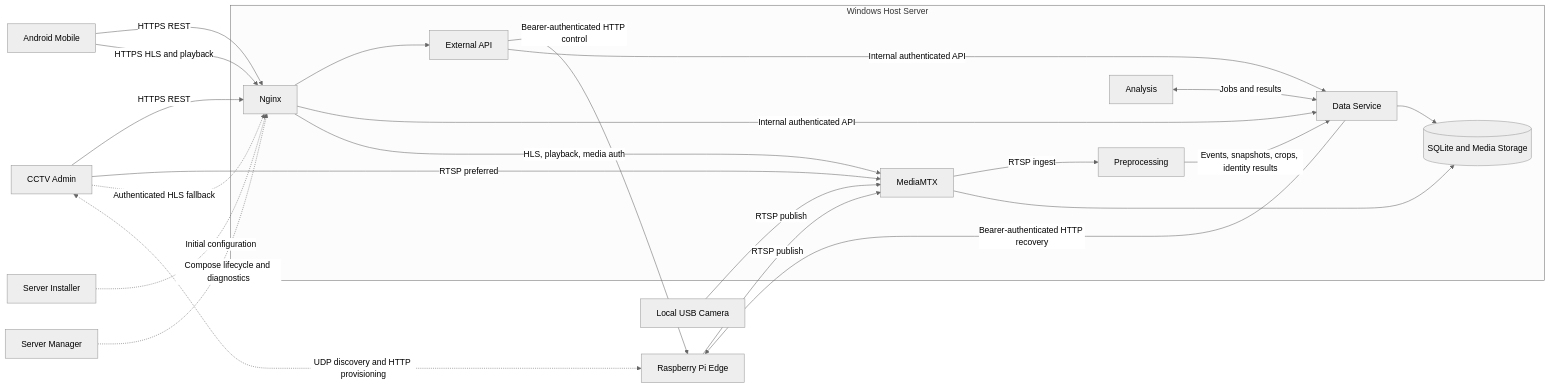
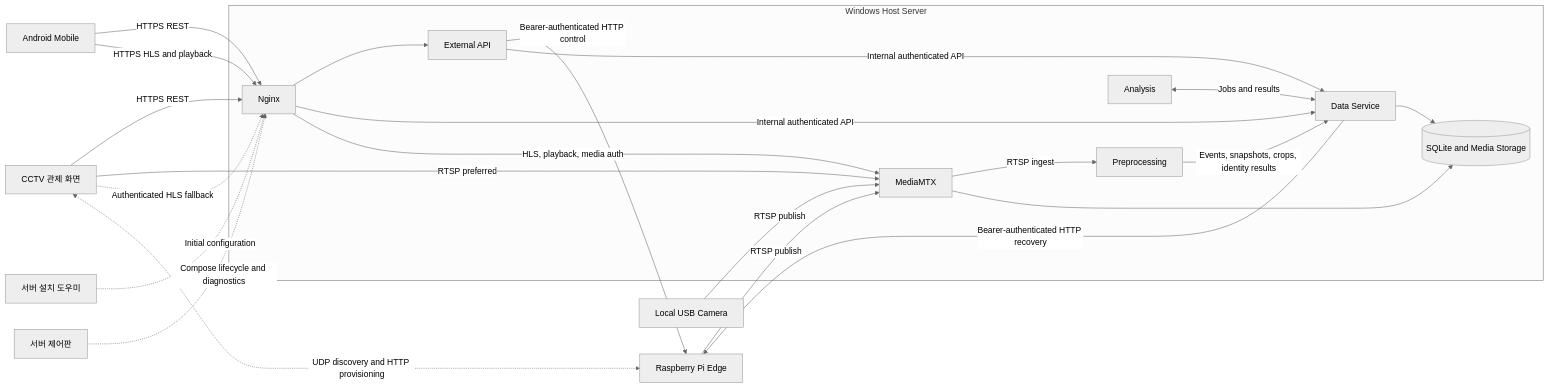
One commit to Eye-O-T/new_structure changed the first of 5 diagrams in docs/architecture.md. Above: the diagram before and after it, drawn with Mermaid (neutral theme). The commit also changed other lines of this file and 14 other files, not shown here.

Commit message:
fix: update terminology from 'Server Manager' to '서버 제어판' across documentation

````diff
--- a/docs/architecture.md
+++ b/docs/architecture.md
@@ -26,43 +26,43 @@
 ```mermaid
 flowchart LR
     Mobile[Android Mobile]
-    Admin[CCTV Admin]
-    Installer[Server Installer]
-    Manager[Server Manager]
+    Admin[CCTV 관제 화면]
+    Installer[서버 설치 도우미]
+    Manager[서버 제어판]
     Edge[Raspberry Pi Edge]
     Local[Local USB Camera]
 
     subgraph Host[Windows Host Server]
         Nginx[Nginx]
         External[External API]
         Data[Data Service]
         Media[MediaMTX]
         Pre[Preprocessing]
         Analysis[Analysis]
         Storage[(SQLite and Media Storage)]
     end
 
     Mobile -->|HTTPS REST| Nginx
     Mobile -->|HTTPS HLS and playback| Nginx
     Admin -->|HTTPS REST| Nginx
     Admin -->|RTSP preferred| Media
     Admin -.->|Authenticated HLS fallback| Nginx
 
     Edge -->|RTSP publish| Media
     Local -->|RTSP publish| Media
     Admin <-.->|UDP discovery and HTTP provisioning| Edge
     Installer -.->|Initial configuration| Nginx
     Manager -.->|Compose lifecycle and diagnostics| Nginx
     External -->|Bearer-authenticated HTTP control| Edge
     Data -->|Bearer-authenticated HTTP recovery| Edge
 
     Nginx --> External
     Nginx -->|Internal authenticated API| Data
     Nginx -->|HLS, playback, media auth| Media
     External -->|Internal authenticated API| Data
     Media -->|RTSP ingest| Pre
     Pre -->|Events, snapshots, crops, identity results| Data
     Analysis <-->|Jobs and results| Data
     Data --> Storage
     Media --> Storage
 ```
````
